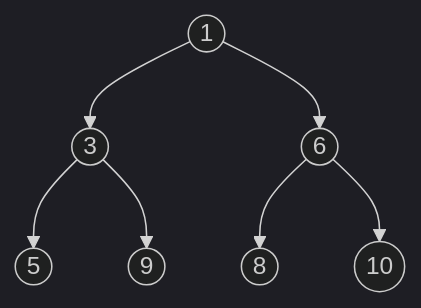
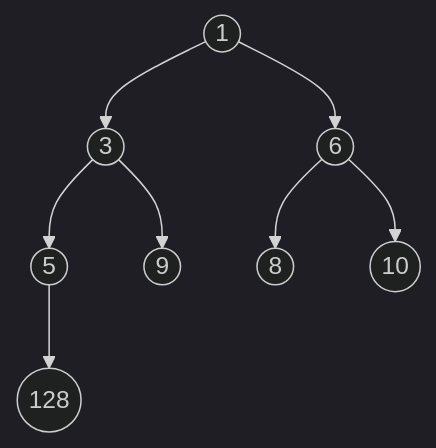
One commit to vv-work/NewKB changed the diagram in 00_LC_Algo/05_Heap.md. Above: the diagram before and after it, drawn with Mermaid (dark theme). The commit also changed 3 other files, not shown here.

````diff
--- a/00_LC_Algo/05_Heap.md
+++ b/00_LC_Algo/05_Heap.md
@@ -17,18 +17,20 @@
 ```mermaid
 
 graph TD
     A((1))
     B((3))
     C((6))
     E((5))
     D((9))
     F((8))
     G((10))
+    I((128))
   
     A --> B
     A --> C
     B --> E
     B --> D
     C --> F
     C --> G 
+	E --> I
 ```
````
